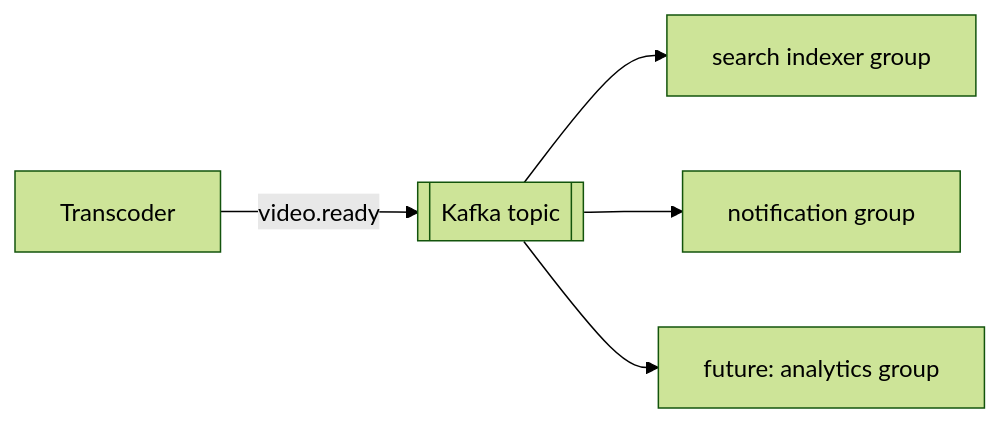
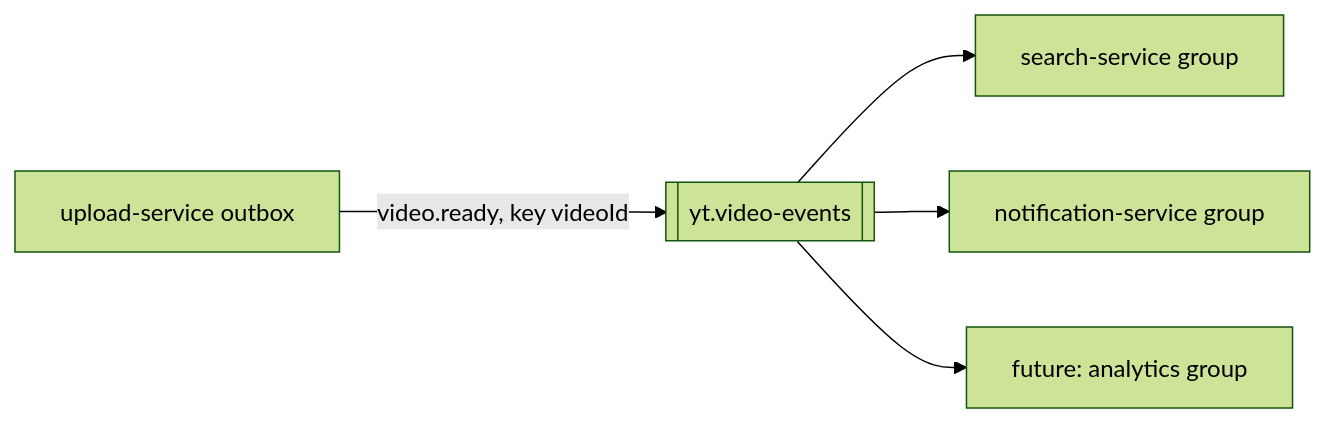
Before and after one commit to devravinder/project-youtube-clone: the second of 3 diagrams in .kiro/skills/messaging-patterns.md, drawn with Mermaid (forest theme). The commit also changed other lines of this file and 27 other files, not shown here.

Commit message:
feat: publish video.ready from outbox to Kafka

````diff
--- a/.kiro/skills/messaging-patterns.md
+++ b/.kiro/skills/messaging-patterns.md
@@ -71,7 +71,7 @@
 ```mermaid
 flowchart LR
-  TR[Transcoder] -->|video.ready| K[[Kafka topic]]
-  K --> G1[search indexer group]
-  K --> G2[notification group]
+  U[upload-service outbox] -->|video.ready, key videoId| K[[yt.video-events]]
+  K --> G1[search-service group]
+  K --> G2[notification-service group]
   K --> G3[future: analytics group]
 ```
````
